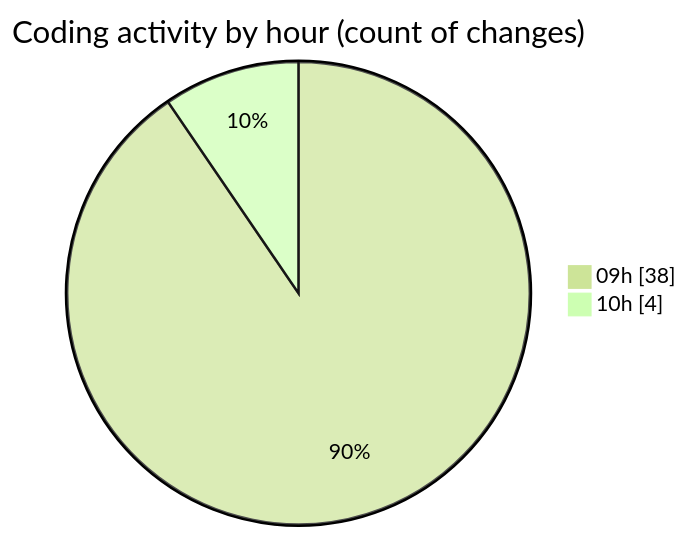
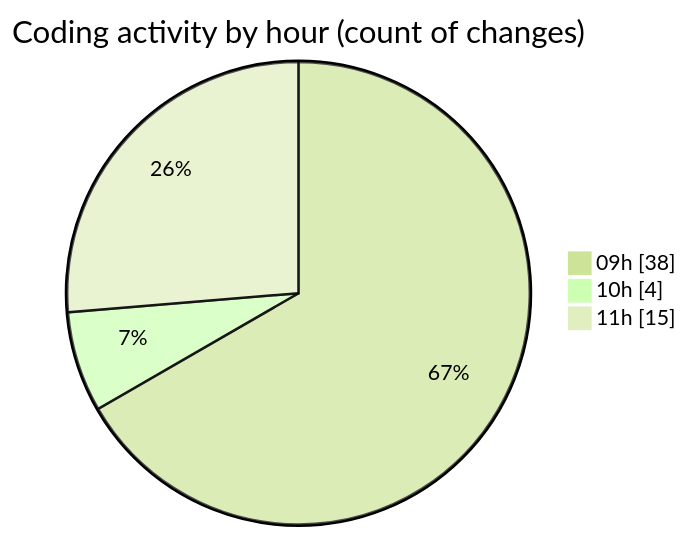
Before and after one commit to momahboobian/code-tracking: the second of 2 diagrams in 2026-09-18/cda/README.md, drawn with Mermaid (forest theme). The commit also changed other lines of this file and 1 other file, not shown here.

````diff
--- a/2026-09-18/cda/README.md
+++ b/2026-09-18/cda/README.md
@@ -52,6 +60,7 @@
 ```mermaid
 pie showData
 title Coding activity by hour (count of changes)
 "09h" : 38
 "10h" : 4
+"11h" : 15
 ```
````
